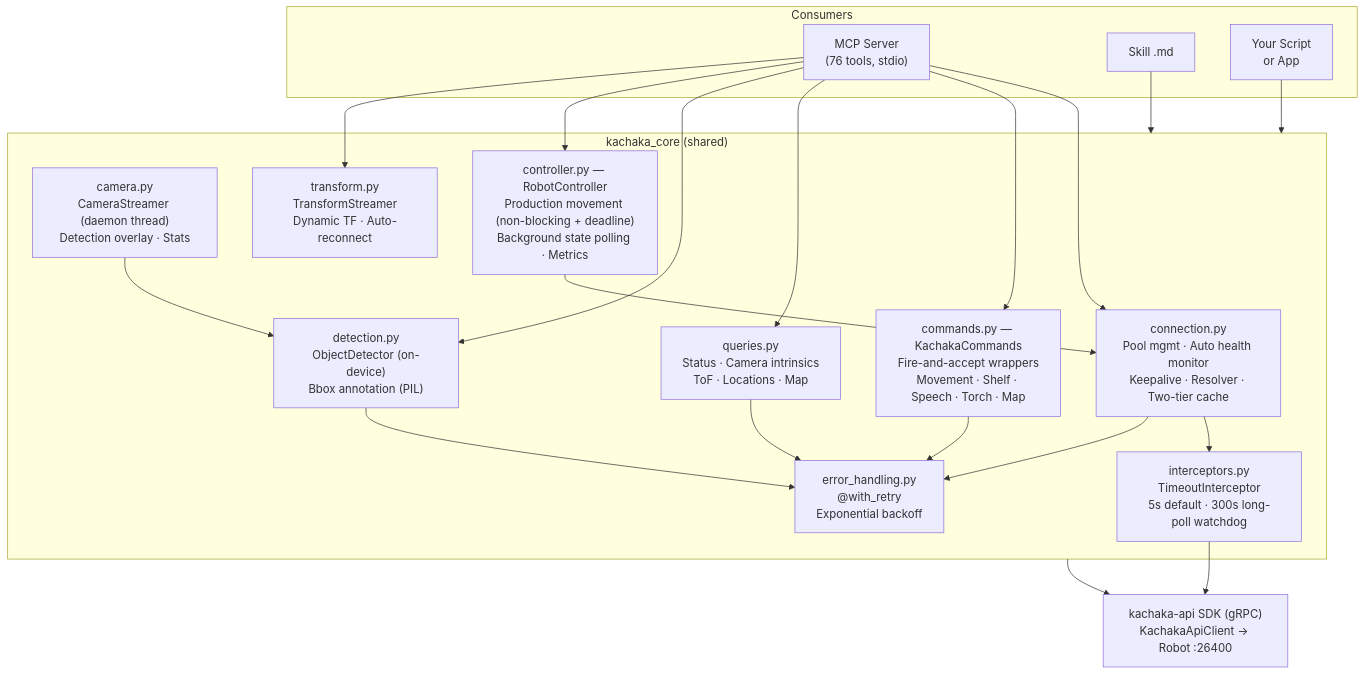
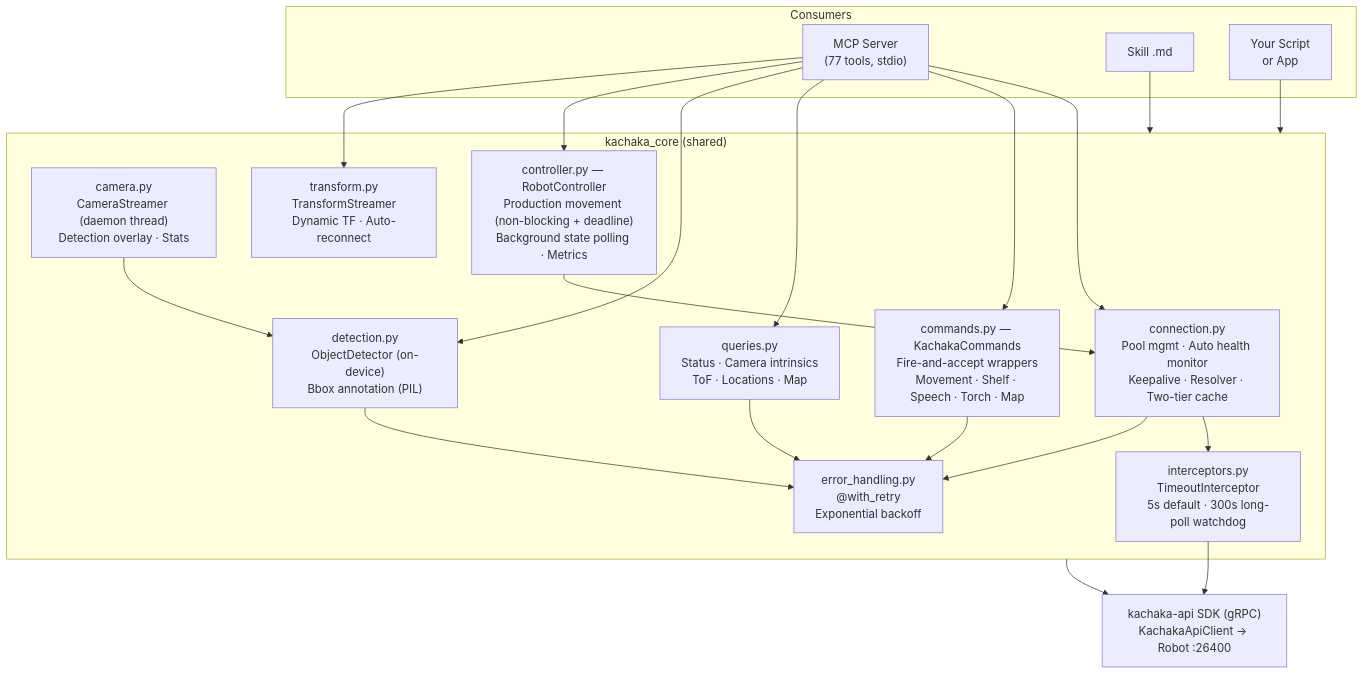
One commit to sigmarobotics/kachaka-sdk-toolkit changed the first of 7 diagrams in README.md. Above: the diagram before and after it, drawn with Mermaid. The commit also changed other lines of this file and 8 other files, not shown here.

````diff
--- a/README.md
+++ b/README.md
@@ -13,40 +13,40 @@
 ```mermaid
 graph TD
     subgraph Consumers
-        MCP["MCP Server<br/>(76 tools, stdio)"]
+        MCP["MCP Server<br/>(77 tools, stdio)"]
         SKILL["Skill .md"]
         APP["Your Script<br/>or App"]
     end
 
     subgraph kachaka_core["kachaka_core (shared)"]
         CONN["connection.py<br/>Pool mgmt · Auto health monitor<br/>Keepalive · Resolver · Two-tier cache"]
         INT["interceptors.py<br/>TimeoutInterceptor<br/>5s default · 300s long-poll watchdog"]
         CMD["commands.py — KachakaCommands<br/>Fire-and-accept wrappers<br/>Movement · Shelf · Speech · Torch · Map"]
         QRY["queries.py<br/>Status · Camera intrinsics<br/>ToF · Locations · Map"]
         ERR["error_handling.py<br/>@with_retry<br/>Exponential backoff"]
         CAM["camera.py<br/>CameraStreamer (daemon thread)<br/>Detection overlay · Stats"]
         DET["detection.py<br/>ObjectDetector (on-device)<br/>Bbox annotation (PIL)"]
         CTRL["controller.py — RobotController<br/>Production movement (non-blocking + deadline)<br/>Background state polling · Metrics"]
         TF["transform.py<br/>TransformStreamer<br/>Dynamic TF · Auto-reconnect"]
     end
 
     SDK["kachaka-api SDK (gRPC)<br/>KachakaApiClient → Robot :26400"]
 
     MCP --> CONN
     MCP --> CMD
     MCP --> QRY
     MCP --> DET
     MCP --> CTRL
     MCP --> TF
     SKILL --> kachaka_core
     APP --> kachaka_core
     CONN --> INT
     CONN --> ERR
     CMD --> ERR
     QRY --> ERR
     DET --> ERR
     CTRL --> CONN
     CAM --> DET
     INT --> SDK
     kachaka_core --> SDK
 ```
````
